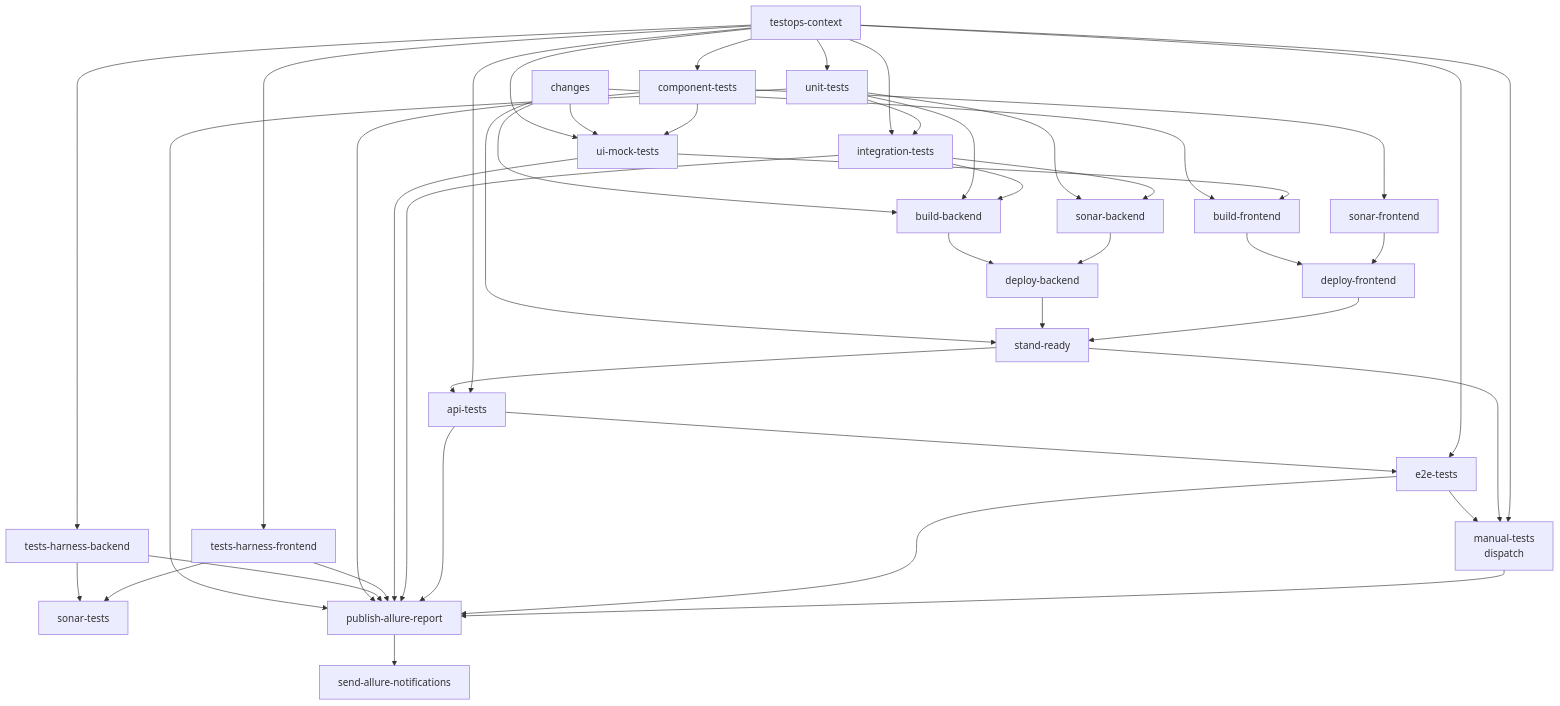
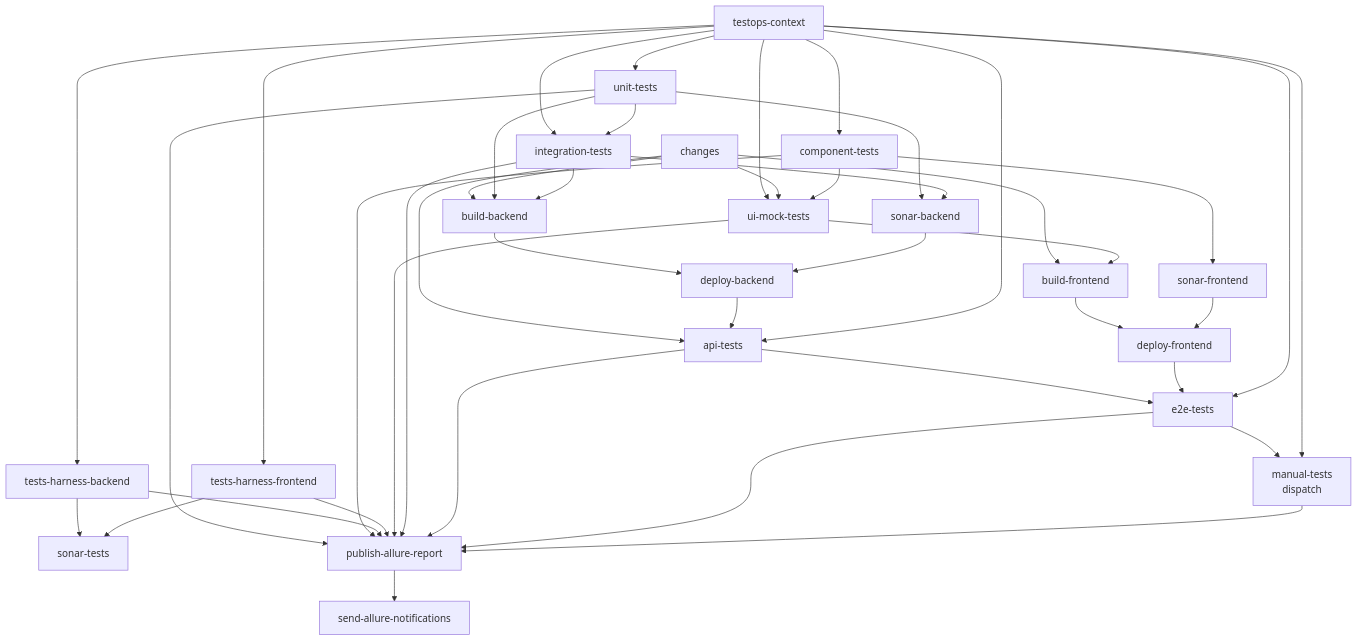
One commit to autotests-ai/autotests-ai-multistack-app changed the diagram in README.md. Above: the diagram before and after it, drawn with Mermaid. The commit also changed other lines of this file and 3 other files, not shown here.

First line of the commit message:
ci: drop stand-ready; api after backend, e2e after api+frontend

````diff
--- a/README.md
+++ b/README.md
@@ -77,51 +77,48 @@
 ```mermaid
 flowchart TB
   TOC[testops-context]
   CH[changes]
 
   TOC --> UNIT[unit-tests]
   TOC --> COMP[component-tests]
   TOC --> HB[tests-harness-backend]
   TOC --> HF[tests-harness-frontend]
   TOC --> MOCK[ui-mock-tests]
   TOC --> INT[integration-tests]
 
   CH --> MOCK
   CH --> BB
   CH --> BF
-  CH --> READY
+  CH --> API
 
   UNIT --> INT
   UNIT --> SB[sonar-backend]
   INT --> SB
   COMP --> SF[sonar-frontend]
   COMP --> MOCK
   HB --> ST[sonar-tests]
   HF --> ST
 
   UNIT --> BB[build-backend]
   INT --> BB
   MOCK --> BF[build-frontend]
 
   BB --> DB[deploy-backend]
   SB --> DB
 
   BF --> DF[deploy-frontend]
   SF --> DF
 
-  DB --> READY[stand-ready]
-  DF --> READY
-
-  READY --> API[api-tests]
+  DB --> API[api-tests]
   TOC --> API
 
   API --> E2E[e2e-tests]
+  DF --> E2E
   TOC --> E2E
 
   E2E --> MAN[manual-tests<br/>dispatch]
-  READY --> MAN
   TOC --> MAN
 
   UNIT & COMP & HB & HF & MOCK & INT & API & E2E & MAN --> PUB[publish-allure-report]
   PUB --> NTF[send-allure-notifications]
 ```
````
